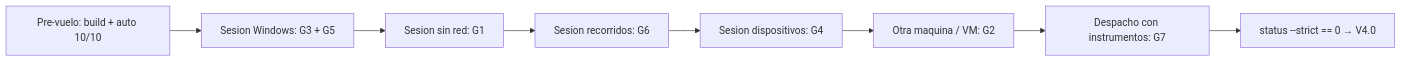
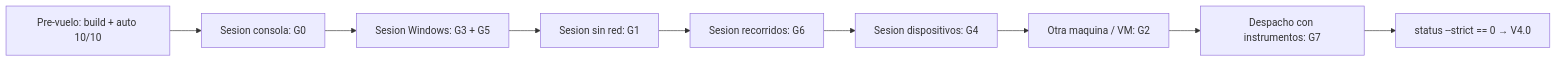
The first of 2 diagrams in docs/audit/KIT-VALIDACION-GATES.md (jvelasca/english-tutor), drawn with Mermaid before and after one commit. The commit also changed other lines of this file and 25 other files, not shown here.

````diff
--- a/docs/audit/KIT-VALIDACION-GATES.md
+++ b/docs/audit/KIT-VALIDACION-GATES.md
@@ -268,10 +273,11 @@
 ```mermaid
 flowchart LR
-    P["Pre-vuelo: build + auto 10/10"] --> S1["Sesion Windows: G3 + G5"]
+    P["Pre-vuelo: build + auto 10/10"] --> S0["Sesion consola: G0"]
+    S0 --> S1["Sesion Windows: G3 + G5"]
     S1 --> S2["Sesion sin red: G1"]
     S2 --> S3["Sesion recorridos: G6"]
     S3 --> S4["Sesion dispositivos: G4"]
     S4 --> S5["Otra maquina / VM: G2"]
     S5 --> S6["Despacho con instrumentos: G7"]
     S6 --> Cierre["status --strict == 0 → V4.0"]
 ```
````
